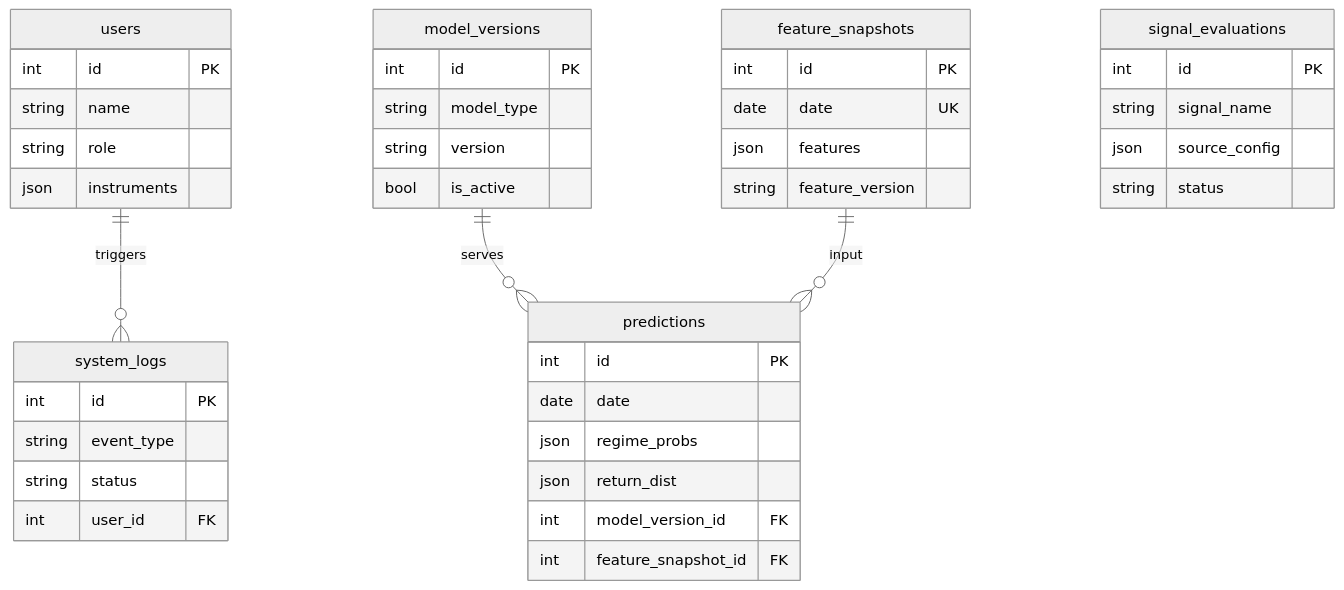
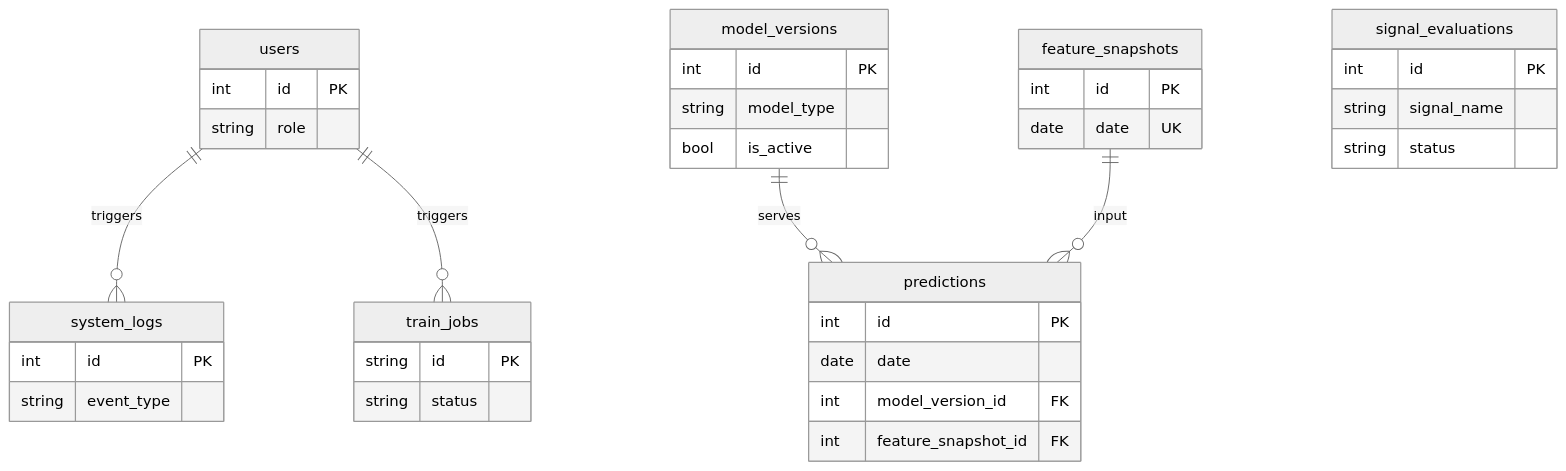
The fourth of 4 diagrams in docs/architecture.md (skang10/oil-signalyst), drawn with Mermaid (neutral theme) before and after one commit. The commit also changed other lines of this file and 1 other file, not shown here.

````diff
--- a/docs/architecture.md
+++ b/docs/architecture.md
@@ -124,50 +100,40 @@
 ```mermaid
 erDiagram
     users ||--o{ system_logs : triggers
+    users ||--o{ train_jobs : triggers
     model_versions ||--o{ predictions : serves
     feature_snapshots ||--o{ predictions : input
 
     users {
         int id PK
-        string name
         string role
-        json instruments
     }
-
     feature_snapshots {
         int id PK
         date date UK
-        json features
-        string feature_version
     }
-
     model_versions {
         int id PK
         string model_type
-        string version
         bool is_active
     }
-
     predictions {
         int id PK
         date date
-        json regime_probs
-        json return_dist
         int model_version_id FK
         int feature_snapshot_id FK
     }
-
+    train_jobs {
+        string id PK
+        string status
+    }
+    signal_evaluations {
+        int id PK
+        string signal_name
+        string status
+    }
     system_logs {
         int id PK
         string event_type
-        string status
-        int user_id FK
-    }
-
-    signal_evaluations {
-        int id PK
-        string signal_name
-        json source_config
-        string status
     }
 ```
````
